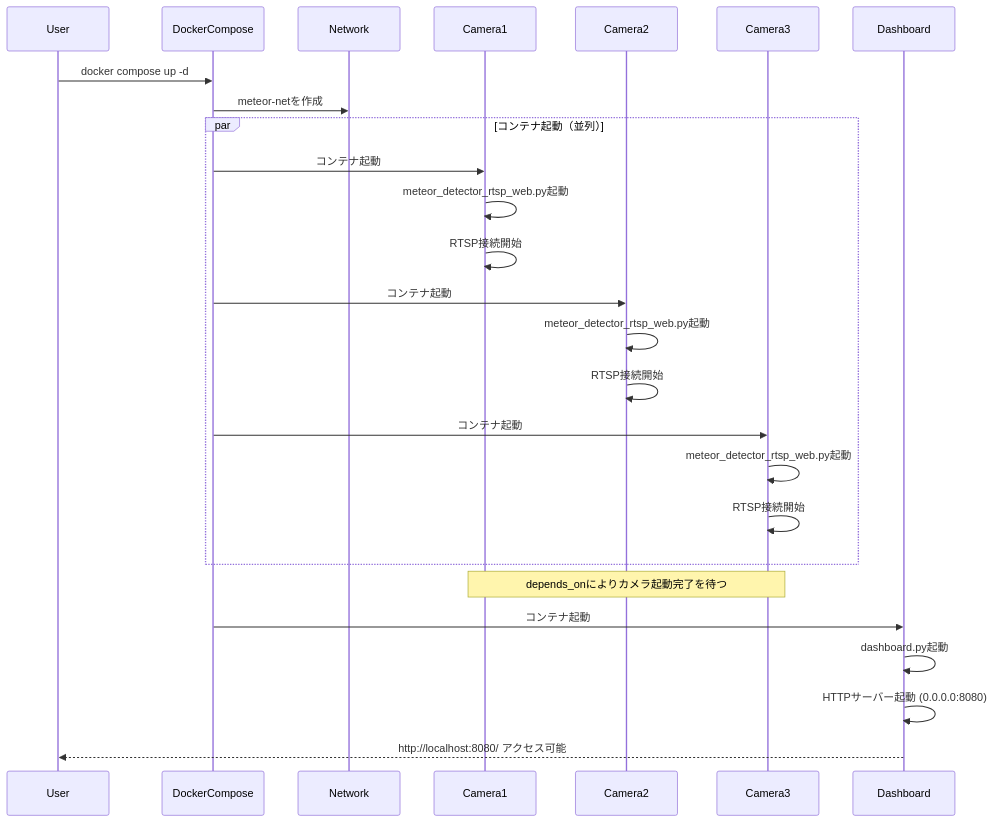
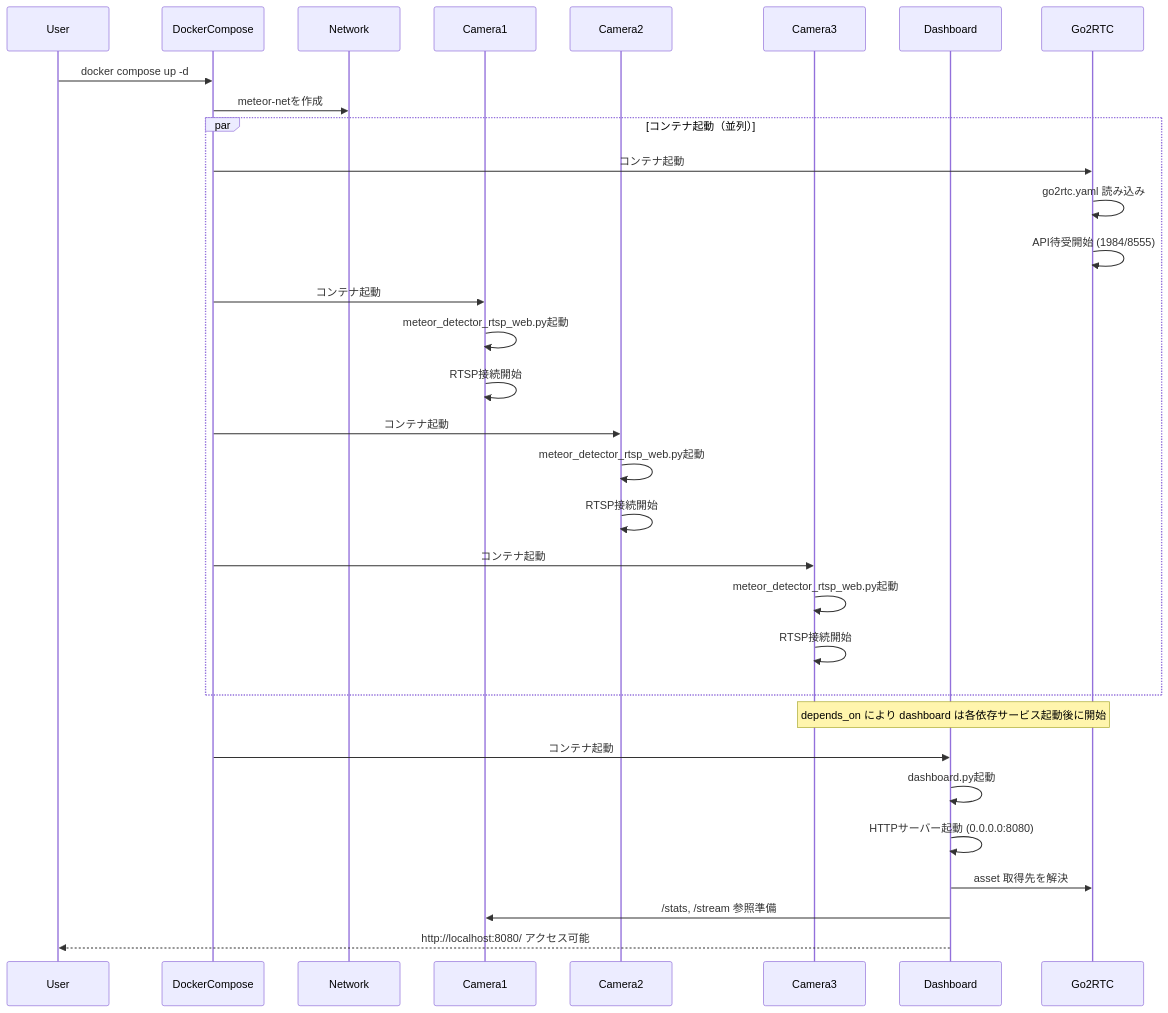
The seventh of 10 diagrams in documents/DOCKER_ARCHITECTURE.md (Masakai/meteo), drawn with Mermaid before and after one commit. The commit also changed other lines of this file and 8 other files, not shown here.

Commit message:
- Mermaidダイアグラム用スタイルのカラーパレットを調整   - セーフティカラーを温和なトーンへ変更   - Mermaidテーマ設定のドキュメントやスクリプトを更新 - WebRTC/Go2RTC関連のドキュメント強化   - `go2rtc` コンテナ仕様、図解を追加   - ダッシュボード埋め込み方式とストリーミング設定を反映   - 構築手順にポートや依存関係情報を補足

````diff
--- a/documents/DOCKER_ARCHITECTURE.md
+++ b/documents/DOCKER_ARCHITECTURE.md
@@ -361,36 +443,43 @@
 ```mermaid
 sequenceDiagram
     participant User
     participant DockerCompose
     participant Network
     participant Camera1
     participant Camera2
     participant Camera3
     participant Dashboard
+    participant Go2RTC
 
     User->>DockerCompose: docker compose up -d
 
     DockerCompose->>Network: meteor-netを作成
 
     par コンテナ起動（並列）
+        DockerCompose->>Go2RTC: コンテナ起動
+        Go2RTC->>Go2RTC: go2rtc.yaml 読み込み
+        Go2RTC->>Go2RTC: API待受開始 (1984/8555)
+
         DockerCompose->>Camera1: コンテナ起動
         Camera1->>Camera1: meteor_detector_rtsp_web.py起動
         Camera1->>Camera1: RTSP接続開始
 
         DockerCompose->>Camera2: コンテナ起動
         Camera2->>Camera2: meteor_detector_rtsp_web.py起動
         Camera2->>Camera2: RTSP接続開始
 
         DockerCompose->>Camera3: コンテナ起動
         Camera3->>Camera3: meteor_detector_rtsp_web.py起動
         Camera3->>Camera3: RTSP接続開始
     end
 
-    Note over Camera1,Camera3: depends_onによりカメラ起動完了を待つ
+    Note over Go2RTC,Camera3: depends_on により dashboard は各依存サービス起動後に開始
 
     DockerCompose->>Dashboard: コンテナ起動
     Dashboard->>Dashboard: dashboard.py起動
     Dashboard->>Dashboard: HTTPサーバー起動 (0.0.0.0:8080)
+    Dashboard->>Go2RTC: asset 取得先を解決
+    Dashboard->>Camera1: /stats, /stream 参照準備
 
     Dashboard-->>User: http://localhost:8080/ アクセス可能
 ```
````
